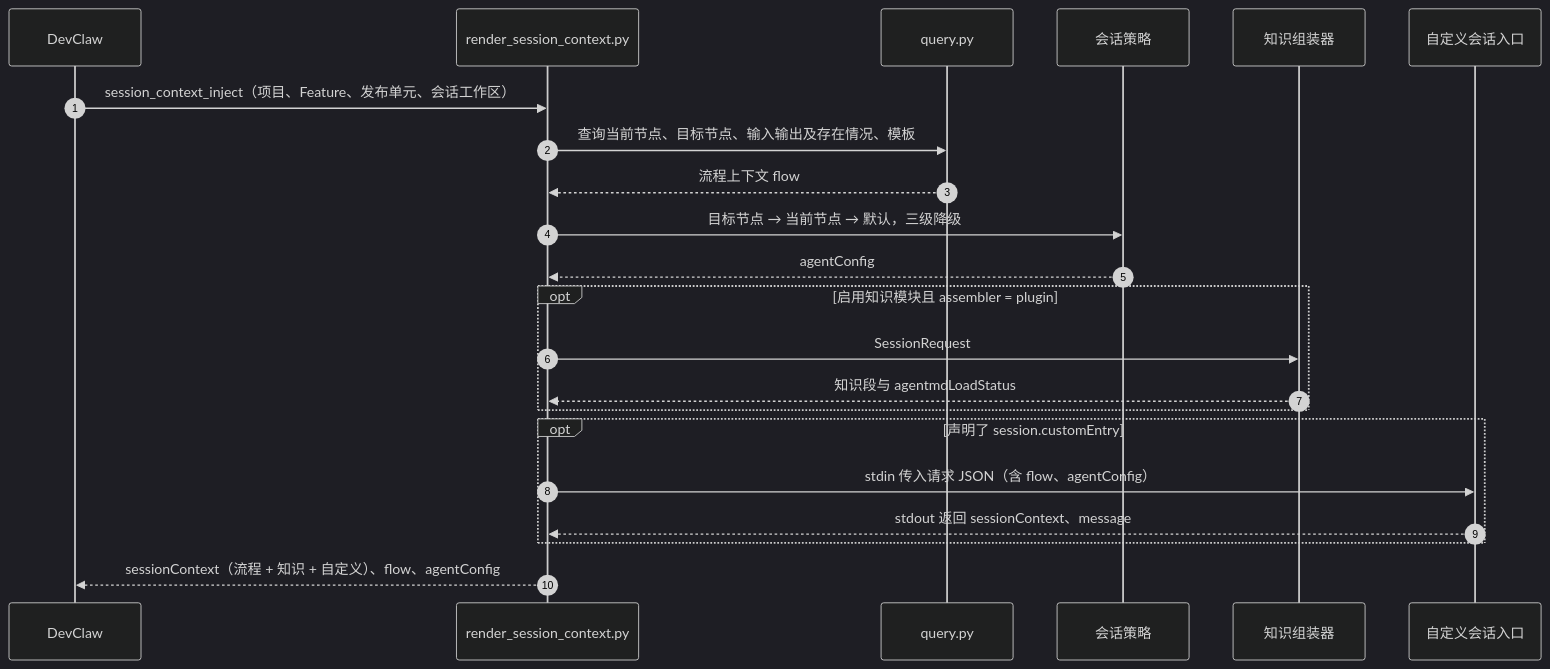
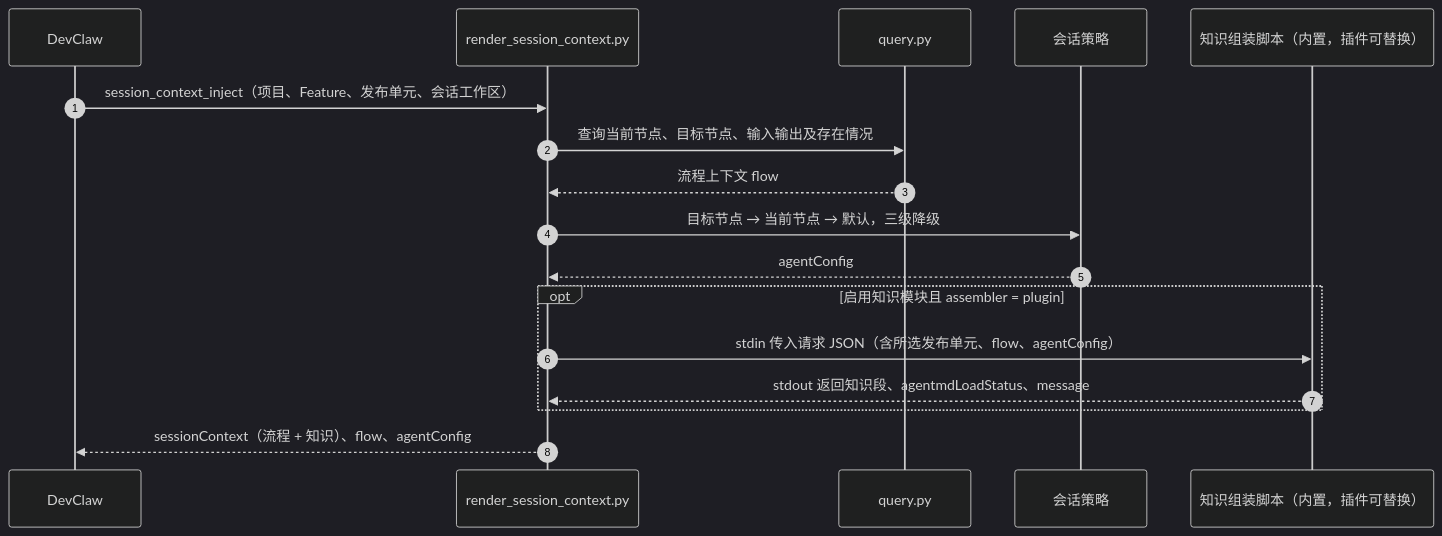
Before and after one commit to seikou00/autobizdevops_plugin_creator: the eighth of 11 diagrams in docs/diagrams.md, drawn with Mermaid (dark theme). The commit also changed other lines of this file and 40 other files, not shown here.

````diff
--- a/docs/diagrams.md
+++ b/docs/diagrams.md
@@ -273,25 +274,20 @@
 ```mermaid
 sequenceDiagram
   autonumber
   participant D as DevClaw
   participant R as render_session_context.py
   participant Q as query.py
   participant P as 会话策略
-  participant K as 知识组装器
-  participant C as 自定义会话入口
+  participant K as 知识组装脚本（内置，插件可替换）
 
   D->>R: session_context_inject（项目、Feature、发布单元、会话工作区）
-  R->>Q: 查询当前节点、目标节点、输入输出及存在情况、模板
+  R->>Q: 查询当前节点、目标节点、输入输出及存在情况
   Q-->>R: 流程上下文 flow
   R->>P: 目标节点 → 当前节点 → 默认，三级降级
   P-->>R: agentConfig
   opt 启用知识模块且 assembler = plugin
-    R->>K: SessionRequest
-    K-->>R: 知识段与 agentmdLoadStatus
+    R->>K: stdin 传入请求 JSON（含所选发布单元、flow、agentConfig）
+    K-->>R: stdout 返回知识段、agentmdLoadStatus、message
   end
-  opt 声明了 session.customEntry
-    R->>C: stdin 传入请求 JSON（含 flow、agentConfig）
-    C-->>R: stdout 返回 sessionContext、message
-  end
-  R-->>D: sessionContext（流程 + 知识 + 自定义）、flow、agentConfig
+  R-->>D: sessionContext（流程 + 知识）、flow、agentConfig
 ```
````
